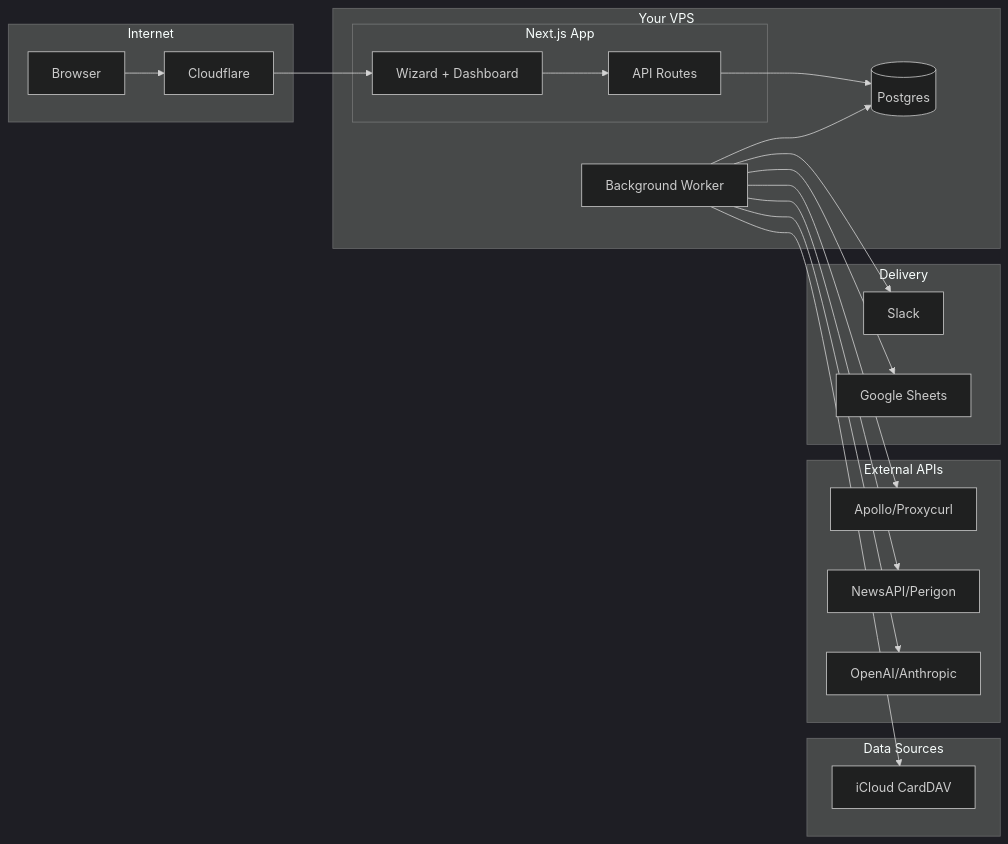
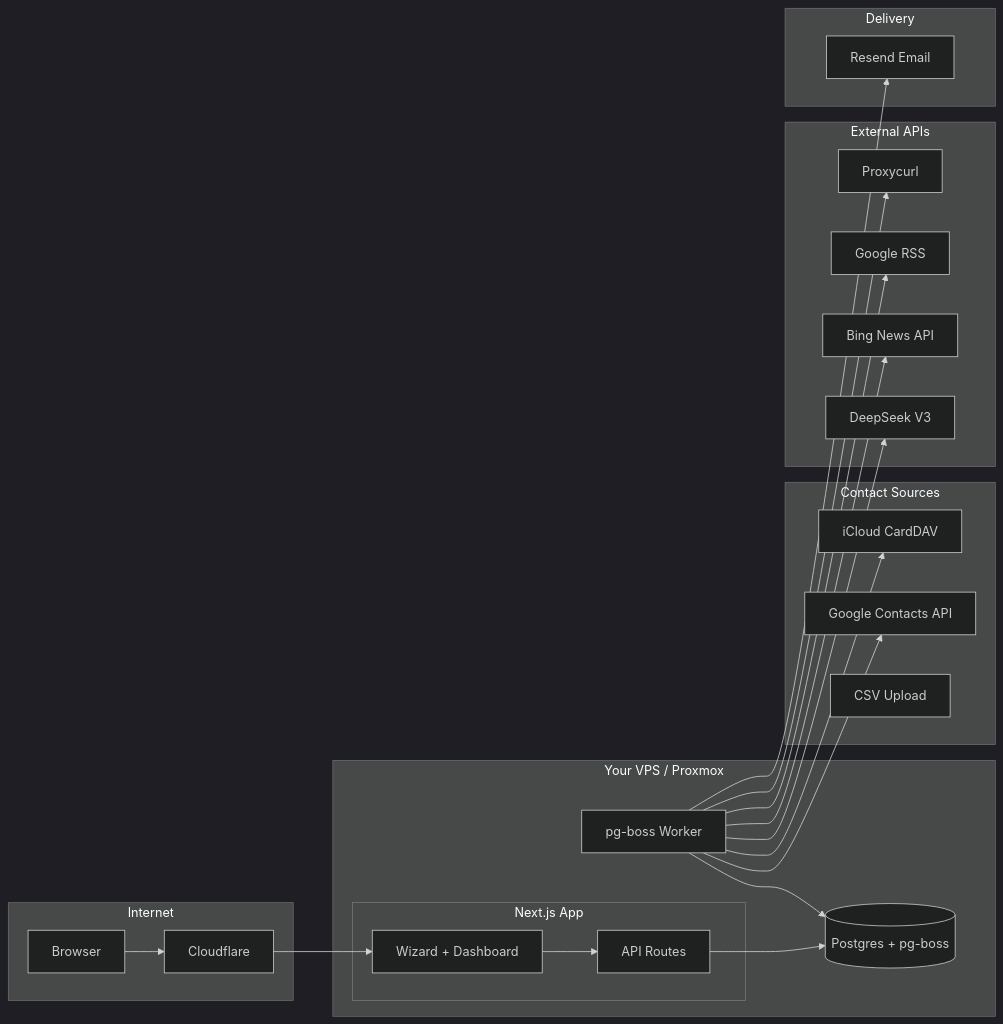
One commit to granman3/FrazierVCRM changed the diagram in docs/SPEC.md. Above: the diagram before and after it, drawn with Mermaid (dark theme). The commit also changed other lines of this file and 90 other files, not shown here.

````diff
--- a/docs/SPEC.md
+++ b/docs/SPEC.md
@@ -98,38 +98,41 @@
 ```mermaid
 flowchart LR
   subgraph internet [Internet]
     Browser[Browser]
     CF[Cloudflare]
   end
-  subgraph server [Your VPS]
+  subgraph server [Your VPS / Proxmox]
     subgraph app [Next.js App]
       UI[Wizard + Dashboard]
       API[API Routes]
     end
-    Worker[Background Worker]
-    DB[(Postgres)]
+    Worker[pg-boss Worker]
+    DB[(Postgres + pg-boss)]
   end
-  subgraph sources [Data Sources]
-    CardDAV[iCloud CardDAV]
+  subgraph sources [Contact Sources]
+    iCloud[iCloud CardDAV]
+    Google[Google Contacts API]
+    CSV[CSV Upload]
   end
   subgraph external [External APIs]
-    Enrich[Apollo/Proxycurl]
-    News[NewsAPI/Perigon]
-    LLM[OpenAI/Anthropic]
+    Proxycurl[Proxycurl]
+    NewsRSS[Google RSS]
+    BingNews[Bing News API]
+    DeepSeek[DeepSeek V3]
   end
   subgraph delivery [Delivery]
-    Slack[Slack]
-    Sheets[Google Sheets]
+    Resend[Resend Email]
   end
   Browser --> CF
   CF --> UI
   UI --> API
   API --> DB
   Worker --> DB
-  Worker --> CardDAV
-  Worker --> Enrich
-  Worker --> News
-  Worker --> LLM
-  Worker --> Slack
-  Worker --> Sheets
+  Worker --> iCloud
+  Worker --> Google
+  Worker --> Proxycurl
+  Worker --> NewsRSS
+  Worker --> BingNews
+  Worker --> DeepSeek
+  Worker --> Resend
 ```
````
